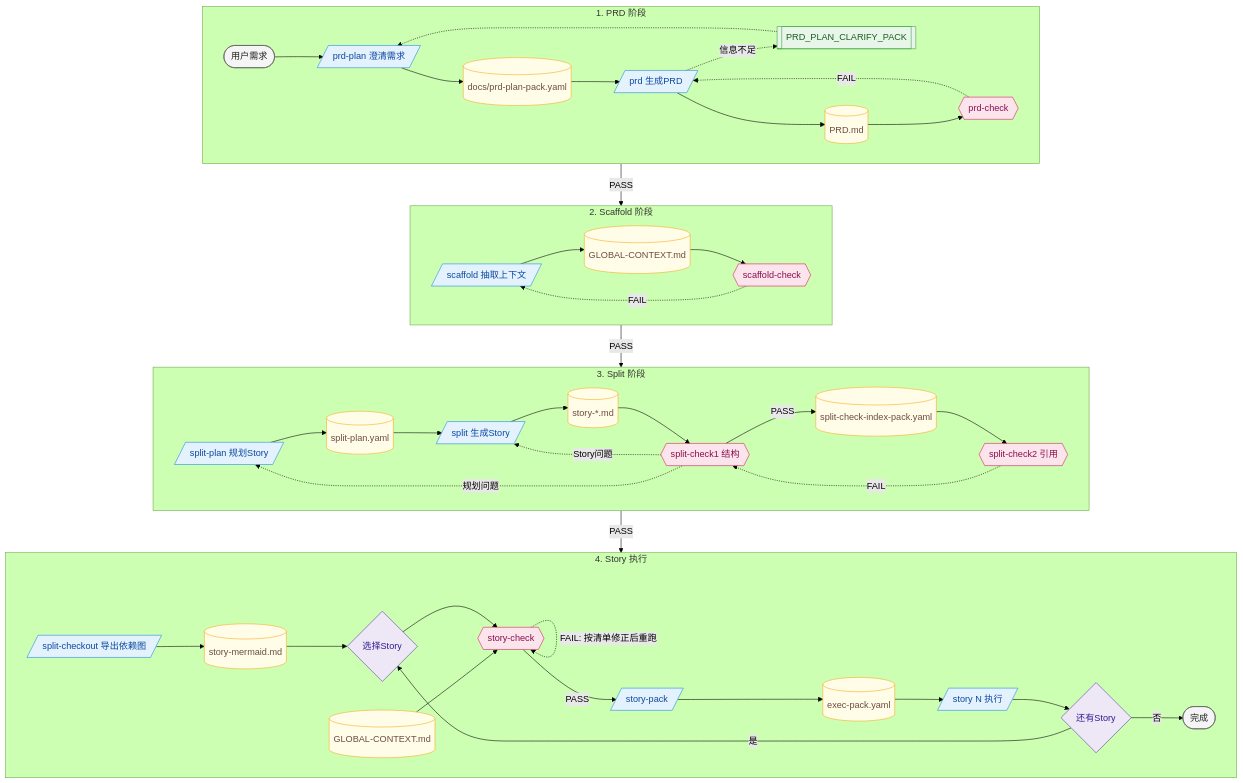
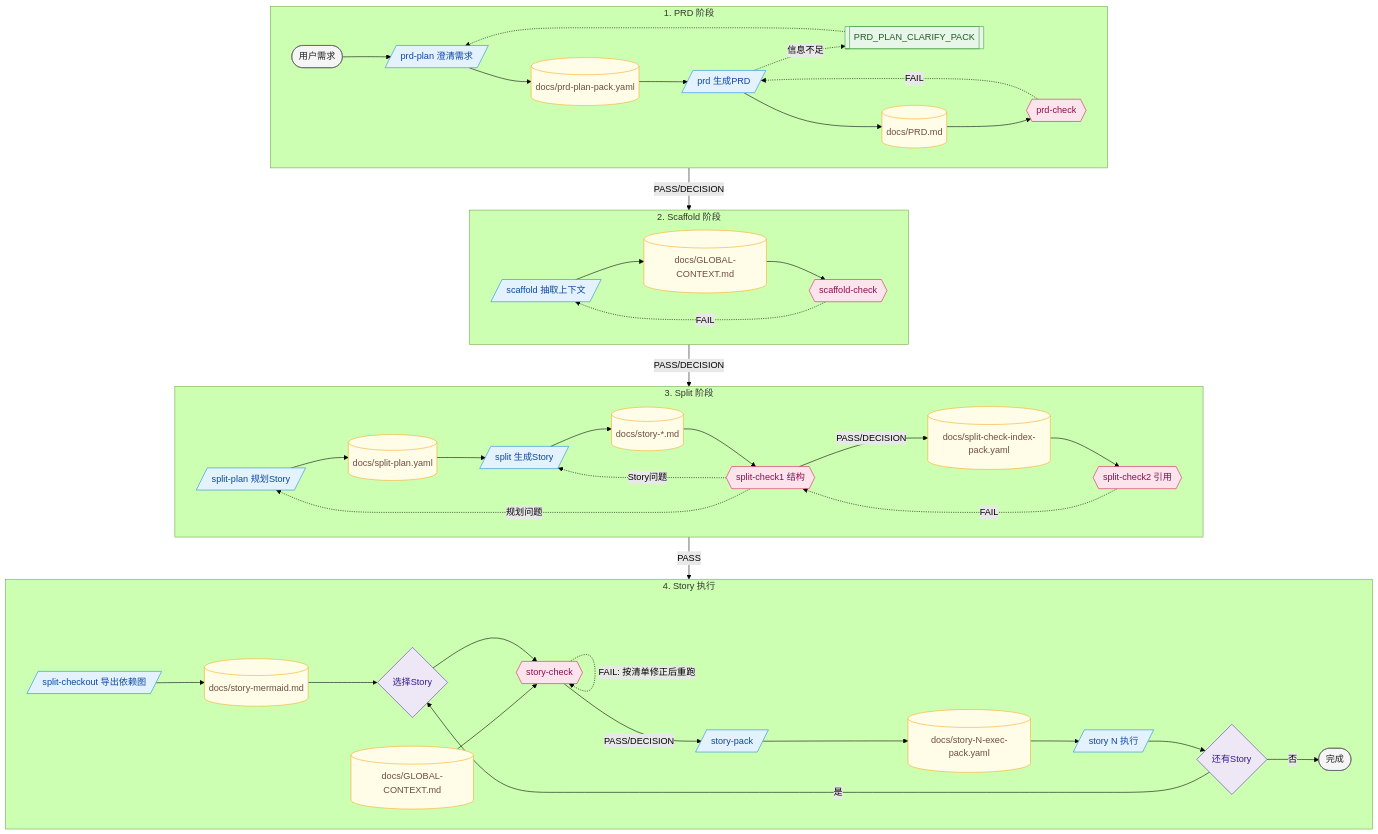
One commit to snakeying/Textum changed the diagram in Workflow.md. Above: the diagram before and after it, drawn with Mermaid (forest theme). The commit also changed other lines of this file and 20 other files, not shown here.

````diff
--- a/Workflow.md
+++ b/Workflow.md
@@ -7,80 +7,80 @@
 ```mermaid
 flowchart TB
     %% 图例：蓝=命令 | 粉=校验 | 黄=文件 | 绿=交接包
 
     classDef cmd fill:#E3F2FD,stroke:#1E88E5,color:#0D47A1
     classDef chk fill:#FCE4EC,stroke:#D81B60,color:#880E4F
     classDef file fill:#FFFDE7,stroke:#F9A825,color:#6D4C41
     classDef pack fill:#E8F5E9,stroke:#43A047,color:#1B5E20
     classDef dec fill:#EDE7F6,stroke:#5E35B1,color:#311B92
     classDef note fill:#F5F5F5,stroke:#616161,color:#212121
 
     subgraph B1["1. PRD 阶段"]
         direction LR
         U([用户需求]):::note
         P1[/prd-plan 澄清需求/]:::cmd
         F0[(docs/prd-plan-pack.yaml)]:::file
         P2[/prd 生成PRD/]:::cmd
         PK2[[PRD_PLAN_CLARIFY_PACK]]:::pack
-        F1[(PRD.md)]:::file
+        F1[(docs/PRD.md)]:::file
         C1{{prd-check}}:::chk
 
         U --> P1 --> F0 --> P2
         P2 -.->|信息不足| PK2 -.-> P1
         P2 --> F1 --> C1
         C1 -.->|FAIL| P2
     end
 
     subgraph B2["2. Scaffold 阶段"]
         direction LR
         S1[/scaffold 抽取上下文/]:::cmd
-        F2[(GLOBAL-CONTEXT.md)]:::file
+        F2[(docs/GLOBAL-CONTEXT.md)]:::file
         C2{{scaffold-check}}:::chk
 
         S1 --> F2 --> C2
         C2 -.->|FAIL| S1
     end
 
     subgraph B3["3. Split 阶段"]
         direction LR
         SP[/split-plan 规划Story/]:::cmd
-        FP[(split-plan.yaml)]:::file
+        FP[(docs/split-plan.yaml)]:::file
         SS[/split 生成Story/]:::cmd
-        FS[(story-*.md)]:::file
+        FS[(docs/story-*.md)]:::file
         C3{{split-check1 结构}}:::chk
-        IX[(split-check-index-pack.yaml)]:::file
+        IX[(docs/split-check-index-pack.yaml)]:::file
         C4{{split-check2 引用}}:::chk
 
         SP --> FP --> SS --> FS --> C3
         C3 -.->|规划问题| SP
         C3 -.->|Story问题| SS
-        C3 -->|PASS| IX --> C4
+        C3 -->|PASS/DECISION| IX --> C4
         C4 -.->|FAIL| C3
     end
 
     subgraph B4["4. Story 执行"]
         direction LR
         BF[/split-checkout 导出依赖图/]:::cmd
-        F3[(GLOBAL-CONTEXT.md)]:::file
-        FM[(story-mermaid.md)]:::file
+        F3[(docs/GLOBAL-CONTEXT.md)]:::file
+        FM[(docs/story-mermaid.md)]:::file
         PK{选择Story}:::dec
         C5{{story-check}}:::chk
         PKG[/story-pack/]:::cmd
-        FE[(exec-pack.yaml)]:::file
+        FE[(docs/story-N-exec-pack.yaml)]:::file
         EX[/story N 执行/]:::cmd
         MR{还有Story}:::dec
         DN([完成]):::note
 
         BF --> FM
         FM --> PK --> C5
         F3 --> C5
         C5 -.->|FAIL: 按清单修正后重跑| C5
-        C5 -->|PASS| PKG --> FE --> EX --> MR
+        C5 -->|PASS/DECISION| PKG --> FE --> EX --> MR
         MR -->|是| PK
         MR -->|否| DN
     end
 
-    C1 -->|PASS| S1
-    C2 -->|PASS| SP
+    C1 -->|PASS/DECISION| S1
+    C2 -->|PASS/DECISION| SP
     C4 -->|PASS| BF
 ```
````
